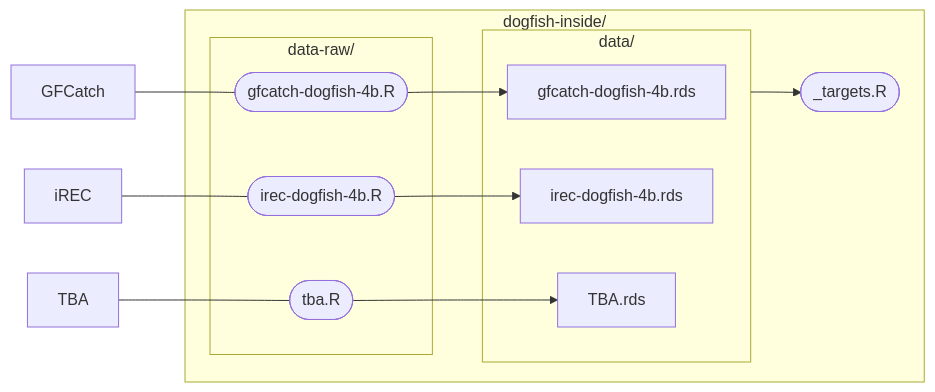
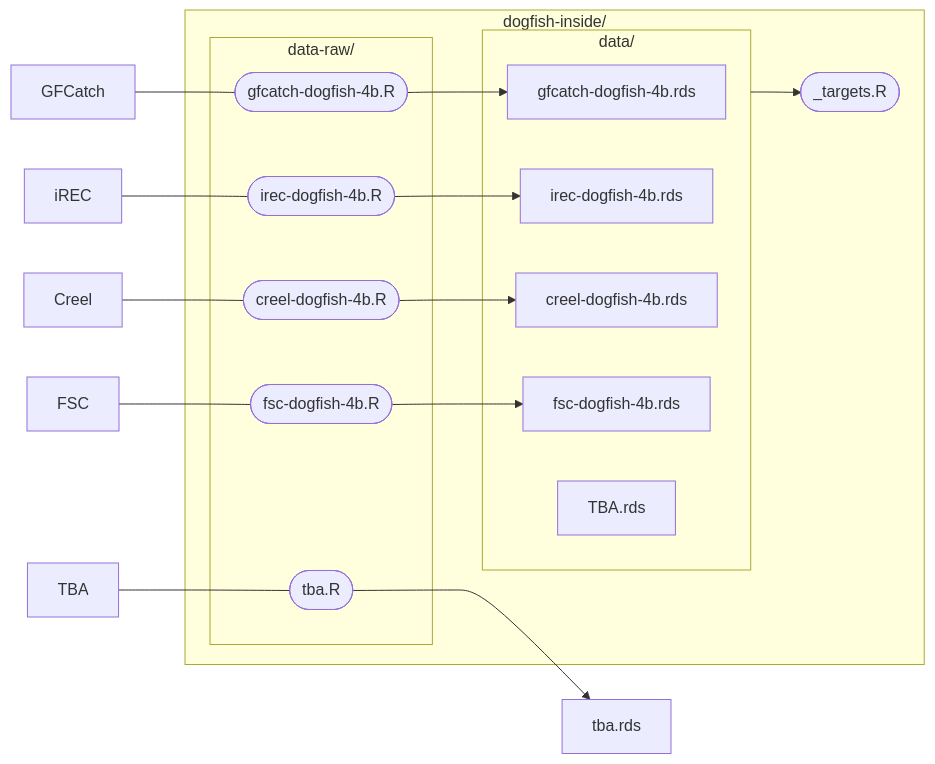
Before and after one commit to pbs-assess/dogfish-inside: the diagram in README.Rmd, drawn with Mermaid. The commit also changed 1 other file, not shown here.

Commit message:
updated readme flowchart

````diff
--- a/README.Rmd
+++ b/README.Rmd
@@ -41,21 +41,27 @@
 ```{mermaid} 
 flowchart LR
   subgraph dogfish-inside/
     _targets.R(["_targets.R"])
     subgraph data-raw/
       gfcatch-dogfish-4b.R(["gfcatch-dogfish-4b.R"])
       irec-dogfish-4b.R(["irec-dogfish-4b.R"])
+      creel-dogfish-4b.R(["creel-dogfish-4b.R"])
+      fsc-dogfish-4b.R(["fsc-dogfish-4b.R"])
       tba.R(["tba.R"])
     end
     subgraph data/
       gfcatch-dogfish-4b.rds
       irec-dogfish-4b.rds
+      creel-dogfish-4b.rds
+      fsc-dogfish-4b.rds
       TBA.rds
     end
   end
   data/-->_targets.R
   GFCatch---gfcatch-dogfish-4b.R-->gfcatch-dogfish-4b.rds
   iREC---irec-dogfish-4b.R-->irec-dogfish-4b.rds
-  TBA---tba.R-->TBA.rds
+  Creel---creel-dogfish-4b.R-->creel-dogfish-4b.rds
+  FSC---fsc-dogfish-4b.R-->fsc-dogfish-4b.rds
+  TBA---tba.R-->tba.rds
 
 ```
````
